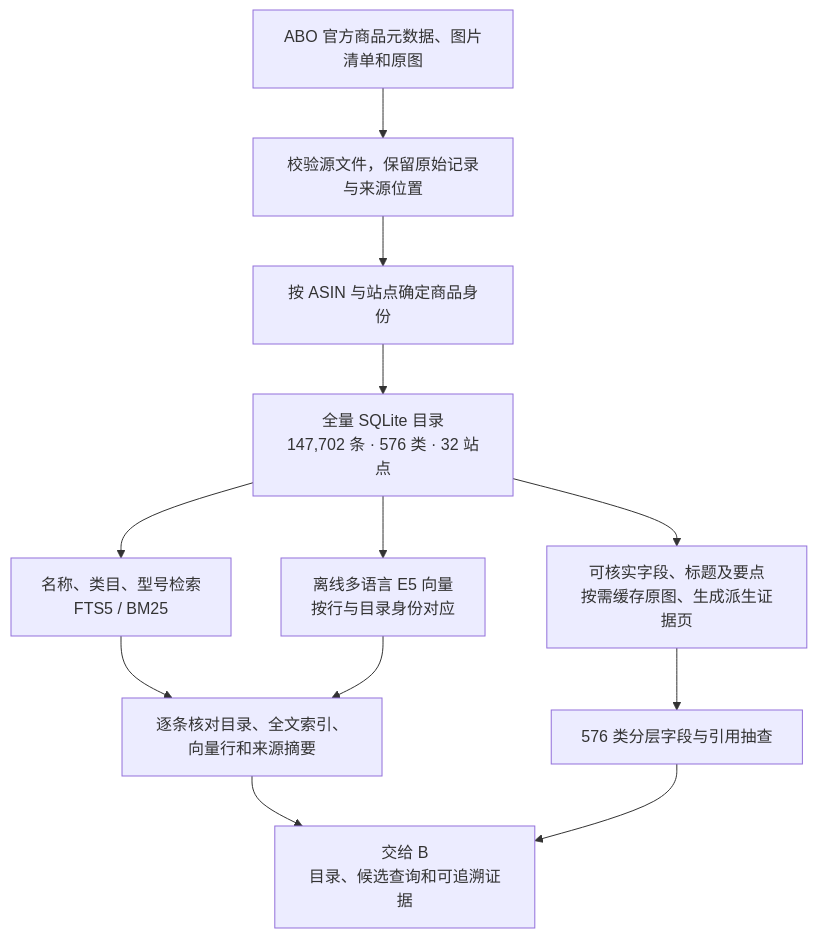
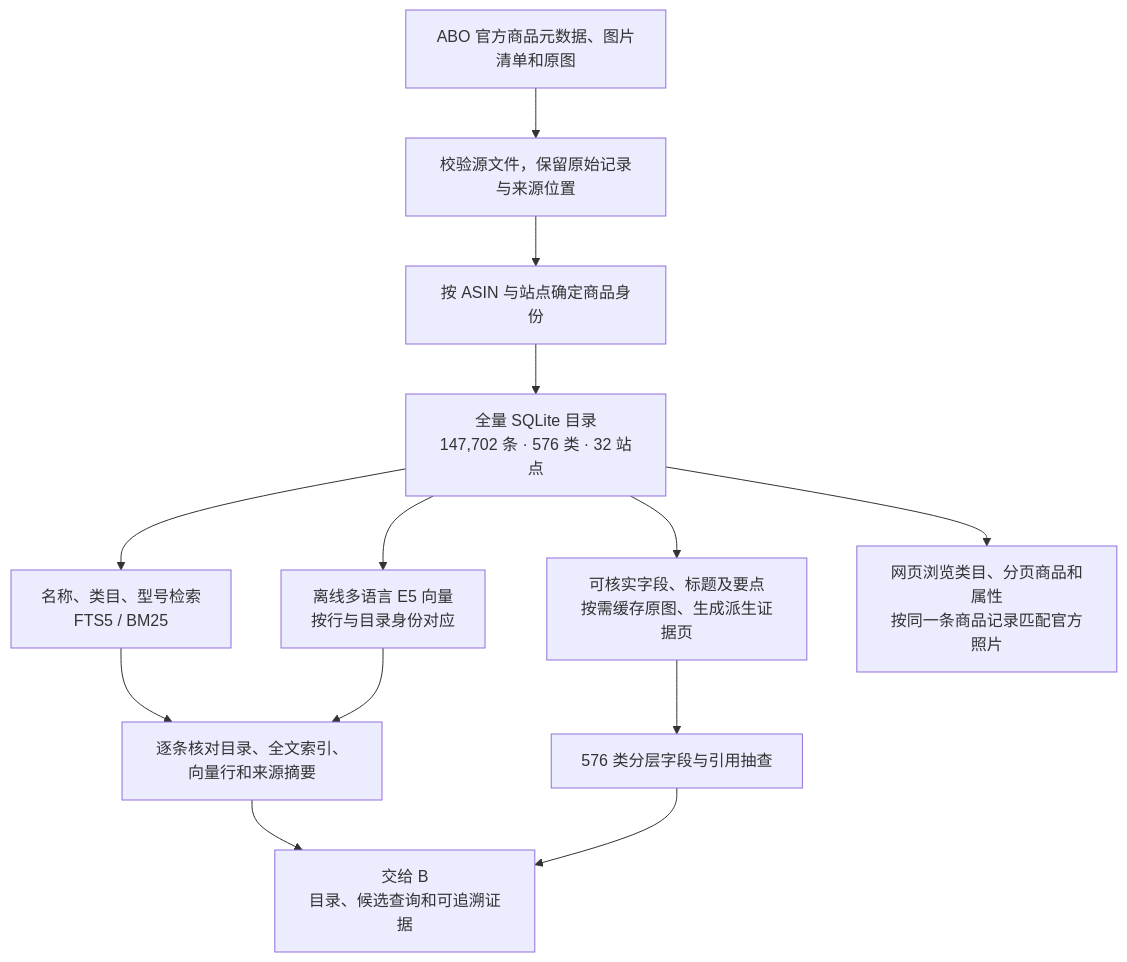
One commit to AaronYue77/ABO-Adaptive-RAG changed the first of 4 diagrams in docs/A-D阶段流程.md. Above: the diagram before and after it, drawn with Mermaid. The commit also changed other lines of this file and 22 other files, not shown here.

````diff
--- a/docs/A-D阶段流程.md
+++ b/docs/A-D阶段流程.md
@@ -11,14 +11,15 @@
 ```mermaid
 flowchart TD
     src["ABO 官方商品元数据、图片清单和原图"] --> validate["校验源文件，保留原始记录与来源位置"]
     validate --> identify["按 ASIN 与站点确定商品身份"]
     identify --> db["全量 SQLite 目录<br/>147,702 条 · 576 类 · 32 站点"]
     db --> fts["名称、类目、型号检索<br/>FTS5 / BM25"]
     db --> dense["离线多语言 E5 向量<br/>按行与目录身份对应"]
     db --> source["可核实字段、标题及要点<br/>按需缓存原图、生成派生证据页"]
+    db --> browser["网页浏览类目、分页商品和属性<br/>按同一条商品记录匹配官方照片"]
     fts --> check["逐条核对目录、全文索引、向量行和来源摘要"]
     dense --> check
     source --> sample["576 类分层字段与引用抽查"]
     check --> reuse["交给 B<br/>目录、候选查询和可追溯证据"]
     sample --> reuse
 ```
````
